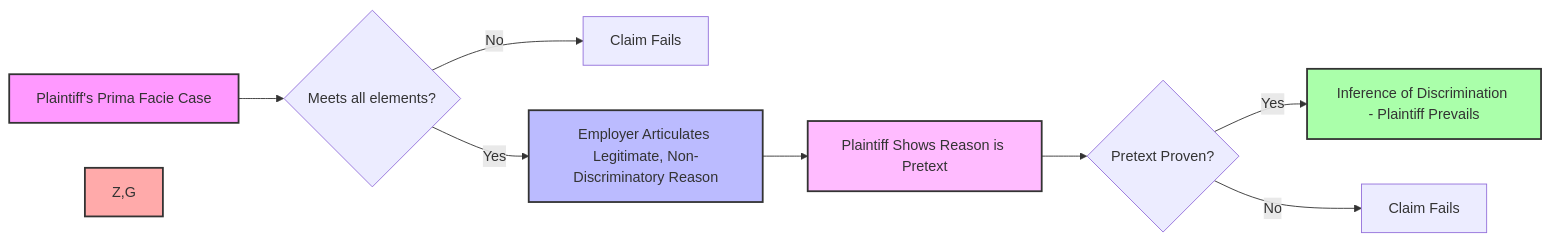
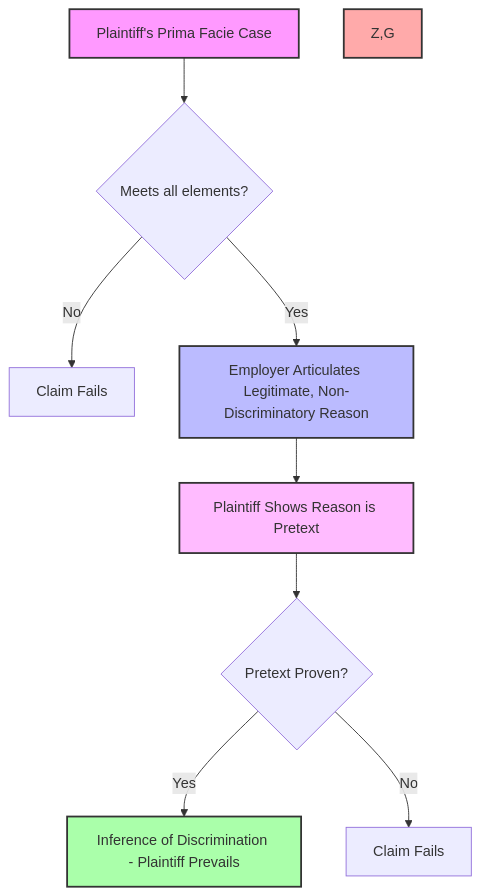
One commit to ProfMacKelly/studiesdejure changed the diagram in docs/crim-law/ch1/1-1.md. Above: the diagram before and after it, drawn with Mermaid.

````diff
--- a/docs/crim-law/ch1/1-1.md
+++ b/docs/crim-law/ch1/1-1.md
@@ -188,17 +188,17 @@
 ```mermaid
-graph LR
+flowchart TD
     A[Plaintiff's Prima Facie Case] --> B{Meets all elements?}
     B -- No --> Z[Claim Fails]
     B -- Yes --> C[Employer Articulates Legitimate, Non-Discriminatory Reason]
     C --> D[Plaintiff Shows Reason is Pretext]
     D --> E{Pretext Proven?}
     E -- Yes --> F[Inference of Discrimination - Plaintiff Prevails]
     E -- No --> G[Claim Fails]
 
     %% Styling
     style A fill:#f9f,stroke:#333,stroke-width:2px
     style C fill:#bbf,stroke:#333,stroke-width:2px
     style D fill:#fbf,stroke:#333,stroke-width:2px
     style F fill:#afa,stroke:#333,stroke-width:2px
     style Z,G fill:#faa,stroke:#333,stroke-width:2px
 ```
````
